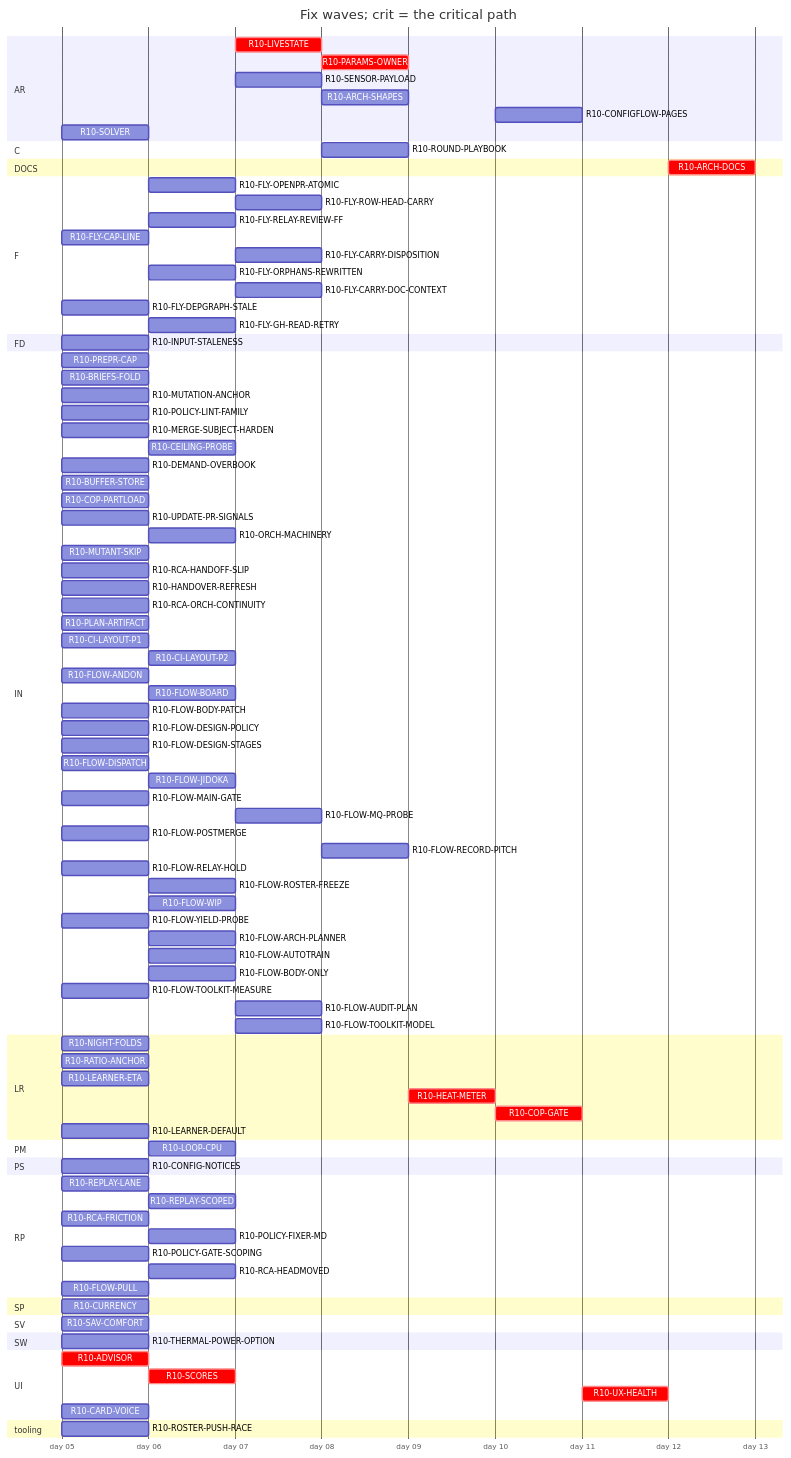
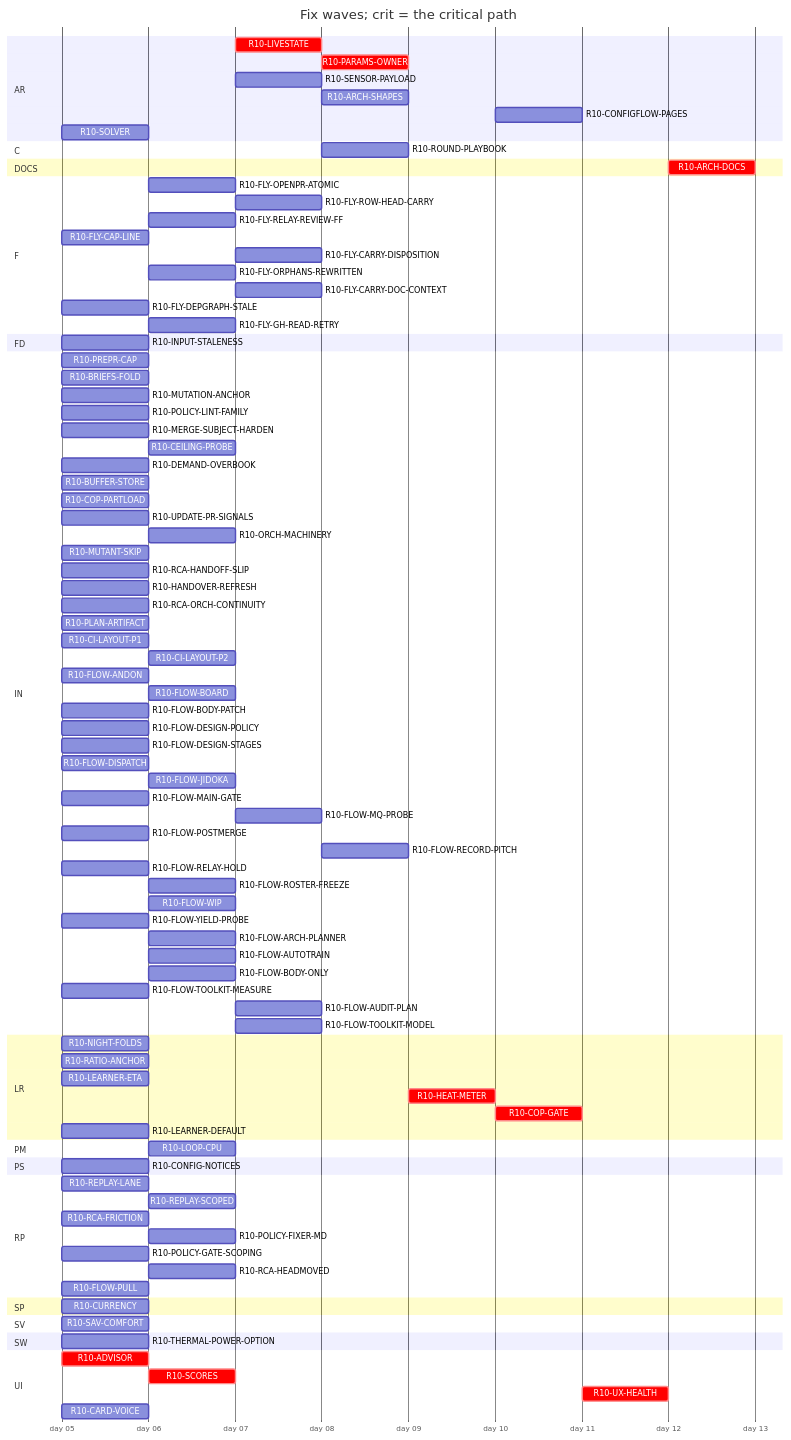
Before and after one commit to tvofi/heatpump_optimizer: the diagram in handoff/round10/state/PLAN-TABLE.md, drawn with Mermaid. The commit also changed other lines of this file and 2 other files, not shown here.

````diff
--- a/handoff/round10/state/PLAN-TABLE.md
+++ b/handoff/round10/state/PLAN-TABLE.md
@@ -123,6 +122,4 @@
     R10-SCORES :crit, r10SCORES, after r10ADVISOR, 1d
     R10-UX-HEALTH :crit, r10UXHEALTH, after r10SCORES r10COPGATE r10HEATMETER, 1d
     R10-CARD-VOICE :r10CARDVOICE, 2026-01-05, 1d
-  section tooling
-    R10-ROSTER-PUSH-RACE :r10ROSTERPUSHRACE, 2026-01-05, 1d
 ```
````
